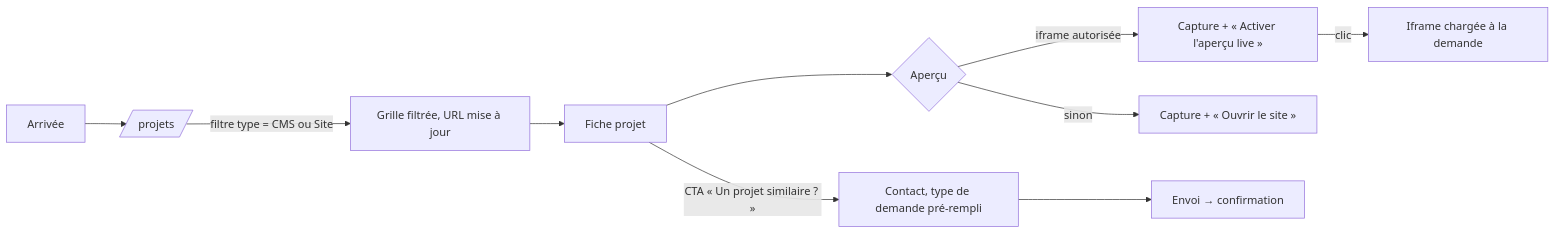
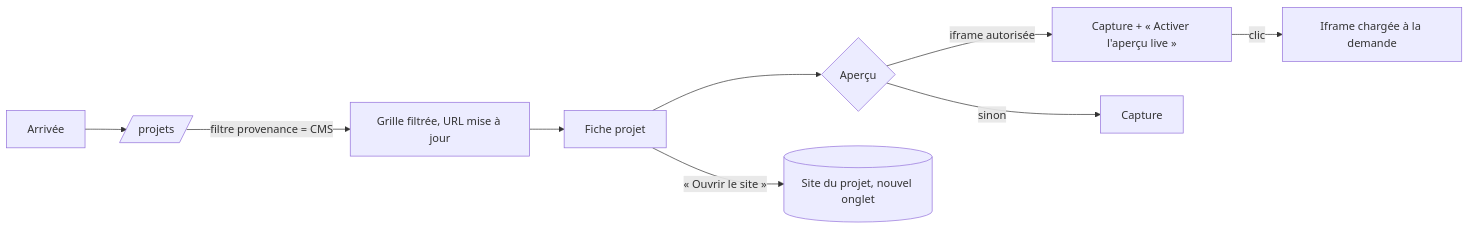
Before and after one commit to Stryxman/portfolio: the second of 5 diagrams in docs/APP_FLOW.md, drawn with Mermaid. The commit also changed other lines of this file and 9 other files, not shown here.

First line of the commit message:
Docs v1.1 : architecture Astro statique après le conseil LLM

````diff
--- a/docs/APP_FLOW.md
+++ b/docs/APP_FLOW.md
@@ -49,12 +37,11 @@
 ```mermaid
 flowchart LR
   A[Arrivée] --> B[/projets/]
-  B -->|filtre type = CMS ou Site| C[Grille filtrée, URL mise à jour]
+  B -->|filtre provenance = CMS| C[Grille filtrée, URL mise à jour]
   C --> D[Fiche projet]
   D --> E{Aperçu}
   E -->|iframe autorisée| F[Capture + « Activer l'aperçu live »]
   F -->|clic| F2[Iframe chargée à la demande]
-  E -->|sinon| G[Capture + « Ouvrir le site »]
-  D -->|CTA « Un projet similaire ? »| H[Contact, type de demande pré-rempli]
-  H --> I[Envoi → confirmation]
+  E -->|sinon| G[Capture]
+  D -->|« Ouvrir le site »| S[(Site du projet, nouvel onglet)]
 ```
````
